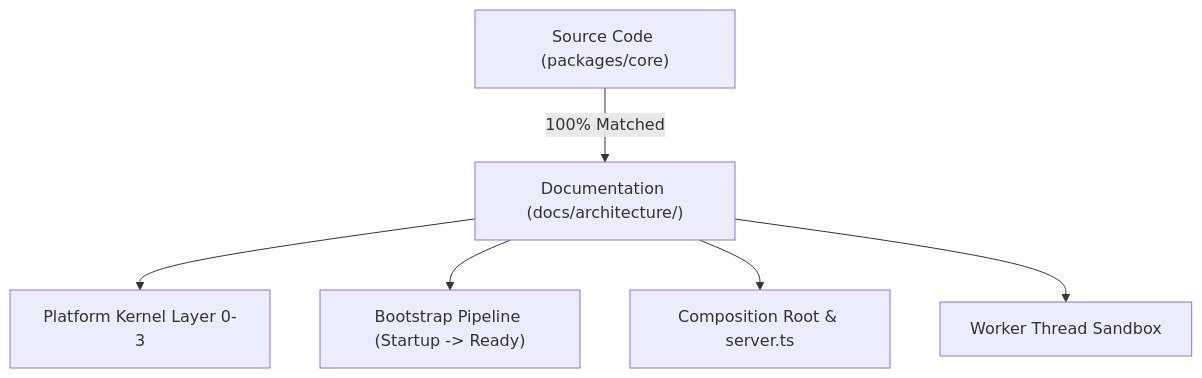
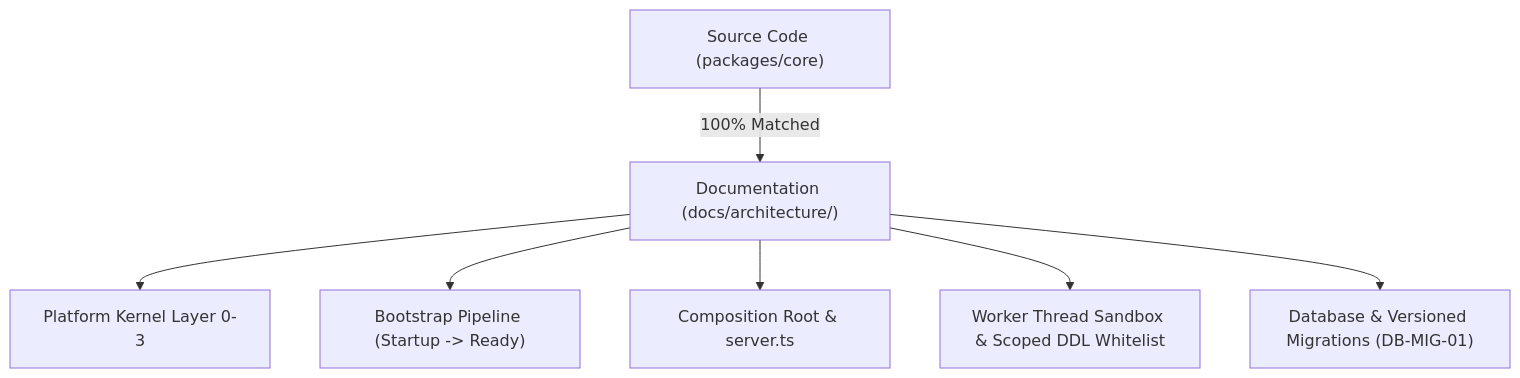
The diagram in docs/architecture/architecture-synchronization-report.md (aymwoo/OpenLearn-Next-V2), drawn with Mermaid before and after one commit. The commit also changed other lines of this file and 20 other files, not shown here.

First line of the commit message:
feat(kernel): versioned db migrations, test concurrency acceleration, and quality baseline

````diff
--- a/docs/architecture/architecture-synchronization-report.md
+++ b/docs/architecture/architecture-synchronization-report.md
@@ -17,8 +17,9 @@
 ```mermaid
 graph TD
     A["Source Code (packages/core)"] -->|100% Matched| B["Documentation (docs/architecture/)"]
     B --> C["Platform Kernel Layer 0-3"]
     B --> D["Bootstrap Pipeline (Startup -> Ready)"]
     B --> E["Composition Root & server.ts"]
-    B --> F["Worker Thread Sandbox"]
+    B --> F["Worker Thread Sandbox & Scoped DDL Whitelist"]
+    B --> G["Database & Versioned Migrations (DB-MIG-01)"]
 ```
````
